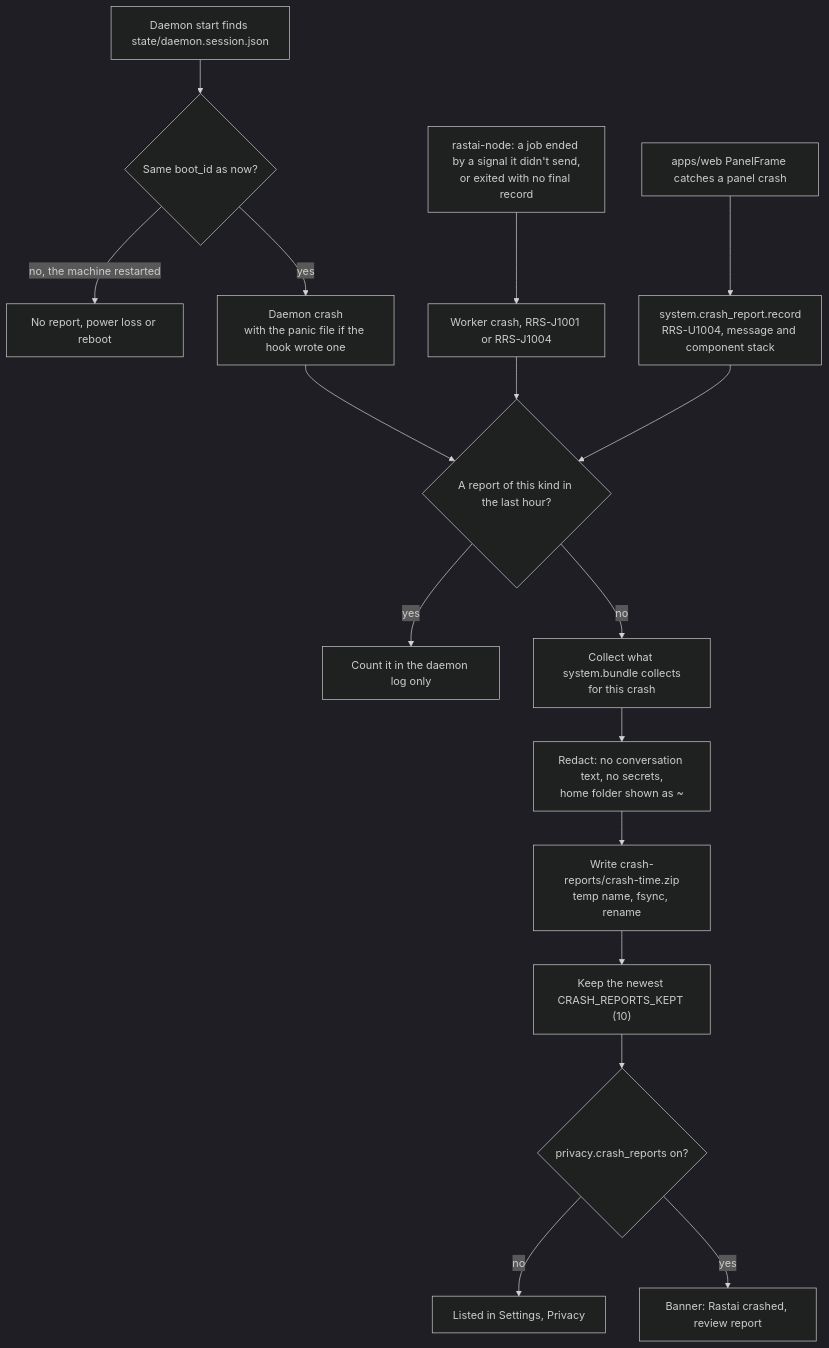
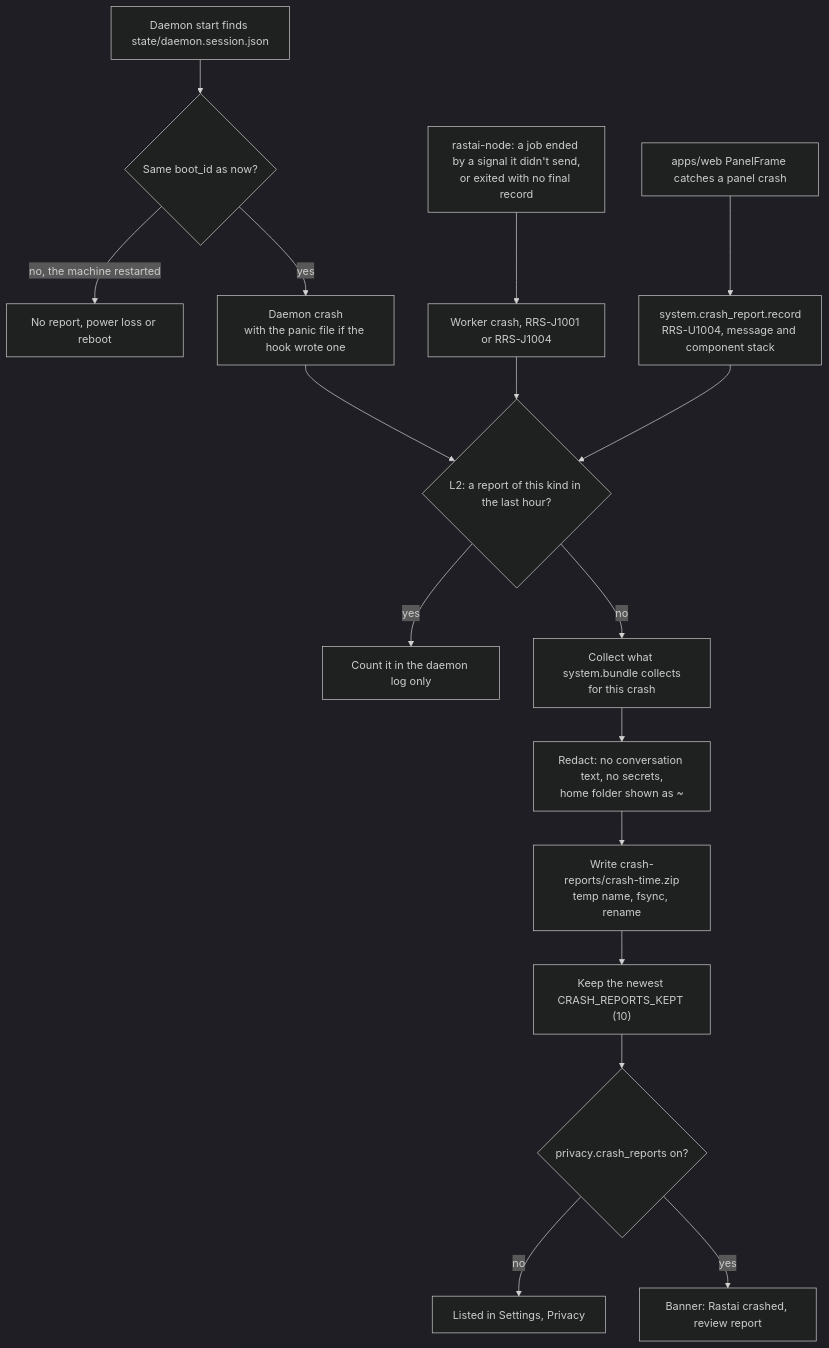
Before and after one commit to Snubiss/RASTAI-Research-Studio: diagram 54 of 55 in docs/architecture/flows/platform.md, drawn with Mermaid (dark theme). The commit also changed other lines of this file and 44 other files, not shown here.

````diff
--- a/docs/architecture/flows/platform.md
+++ b/docs/architecture/flows/platform.md
@@ -2052,19 +2489,19 @@
 ```mermaid
 flowchart TD
   D["Daemon start finds state/daemon.session.json"] --> B{"Same boot_id as now?"}
   B -->|"no, the machine restarted"| SKIP["No report, power loss or reboot"]
   B -->|"yes"| DC["Daemon crash<br/>with the panic file if the hook wrote one"]
   W["rastai-node: a job ended by a signal it didn't send,<br/>or exited with no final record"] --> WC["Worker crash, RRS-J1001 or RRS-J1004"]
   U["apps/web PanelFrame catches a panel crash"] --> UC["system.crash_report.record<br/>RRS-U1004, message and component stack"]
-  DC --> RATE{"A report of this kind in the last hour?"}
+  DC --> RATE{"L2: a report of this kind in the last hour?"}
   WC --> RATE
   UC --> RATE
   RATE -->|"yes"| CNT["Count it in the daemon log only"]
   RATE -->|"no"| COL["Collect what system.bundle collects<br/>for this crash"]
   COL --> RED["Redact: no conversation text, no secrets,<br/>home folder shown as ~"]
   RED --> ZIP["Write crash-reports/crash-time.zip<br/>temp name, fsync, rename"]
   ZIP --> KEEP["Keep the newest CRASH_REPORTS_KEPT (10)"]
   KEEP --> P{"privacy.crash_reports on?"}
   P -->|"no"| LIST["Listed in Settings, Privacy"]
   P -->|"yes"| PROMPT["Banner: Rastai crashed, review report"]
 ```
````
